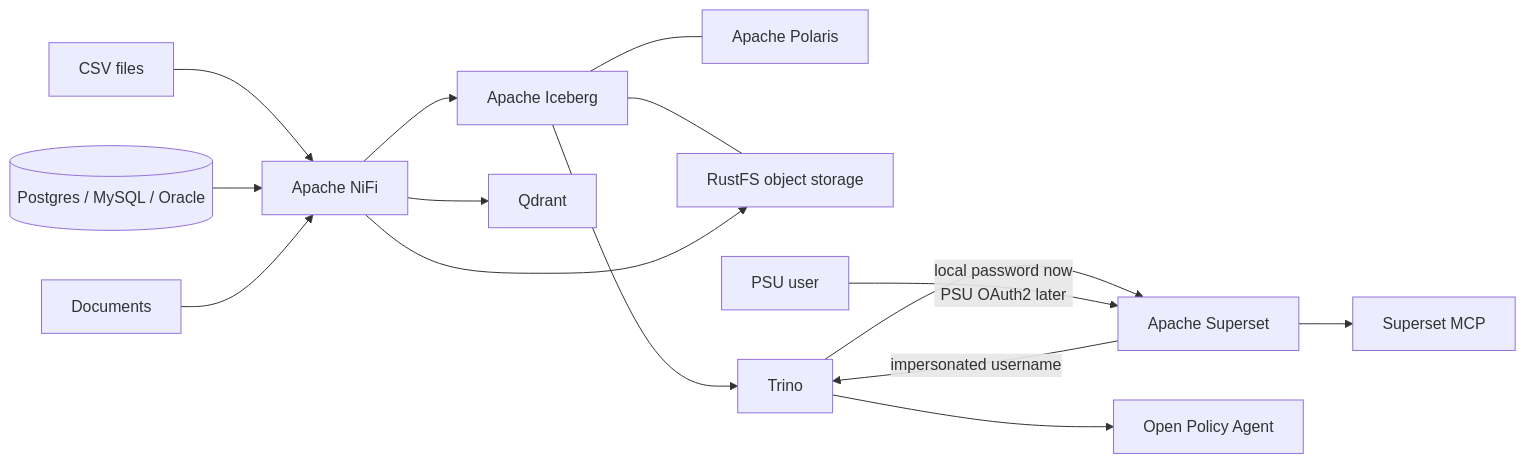
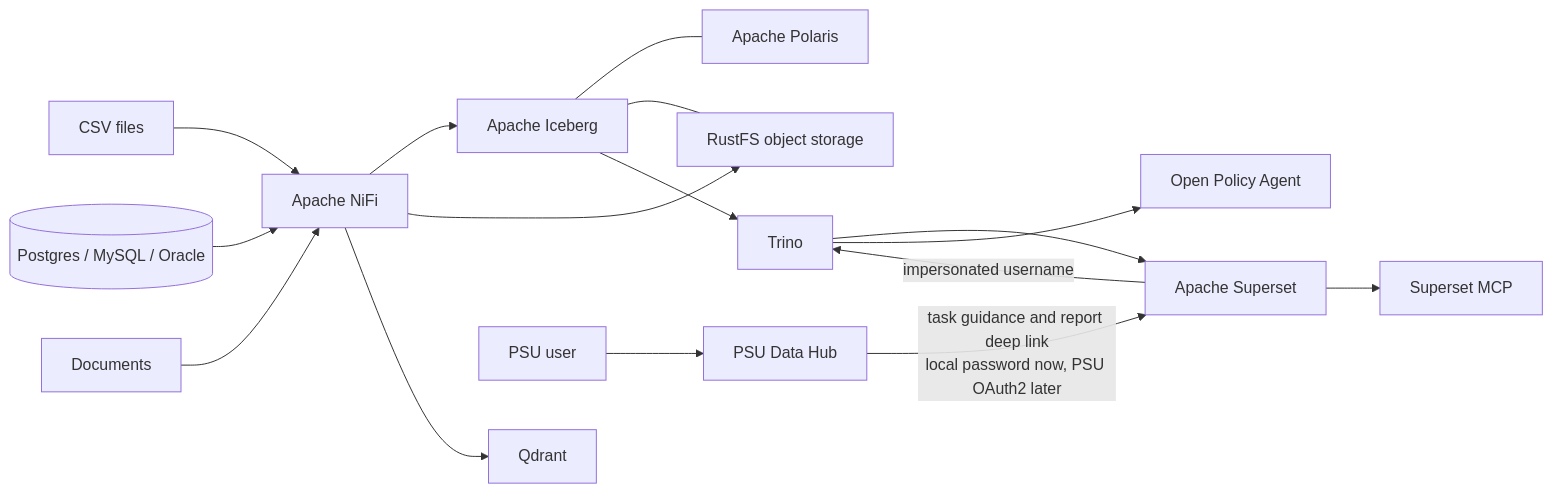
The diagram in docs/ARCHITECTURE.md (diishub/icelake), drawn with Mermaid before and after one commit. The commit also changed other lines of this file and 25 other files, not shown here.

Commit message:
feat: add PSU data hub and dev handoff

````diff
--- a/docs/ARCHITECTURE.md
+++ b/docs/ARCHITECTURE.md
@@ -5,18 +5,19 @@
 ```mermaid
 flowchart LR
     CSV[CSV files] --> NIFI[Apache NiFi]
     DB[(Postgres / MySQL / Oracle)] --> NIFI
     NIFI --> ICE[Apache Iceberg]
     ICE --- POL[Apache Polaris]
     ICE --- S3[RustFS object storage]
     ICE --> TRINO[Trino]
     TRINO --> SUPER[Apache Superset]
     SUPER --> MCP[Superset MCP]
     DOC[Documents] --> NIFI
     NIFI --> S3
     NIFI --> QD[Qdrant]
 
-    USER[PSU user] -->|local password now\nPSU OAuth2 later| SUPER
+    USER[PSU user] --> PORTAL[PSU Data Hub]
+    PORTAL -->|task guidance and report deep link\nlocal password now, PSU OAuth2 later| SUPER
     SUPER -->|impersonated username| TRINO
     TRINO --> OPA[Open Policy Agent]
 ```
````
